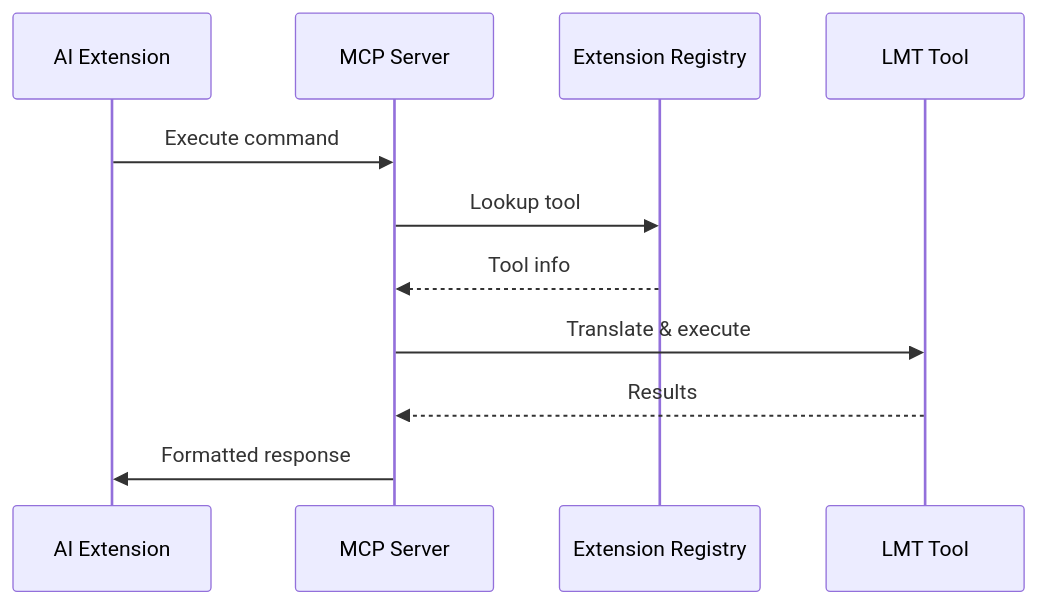
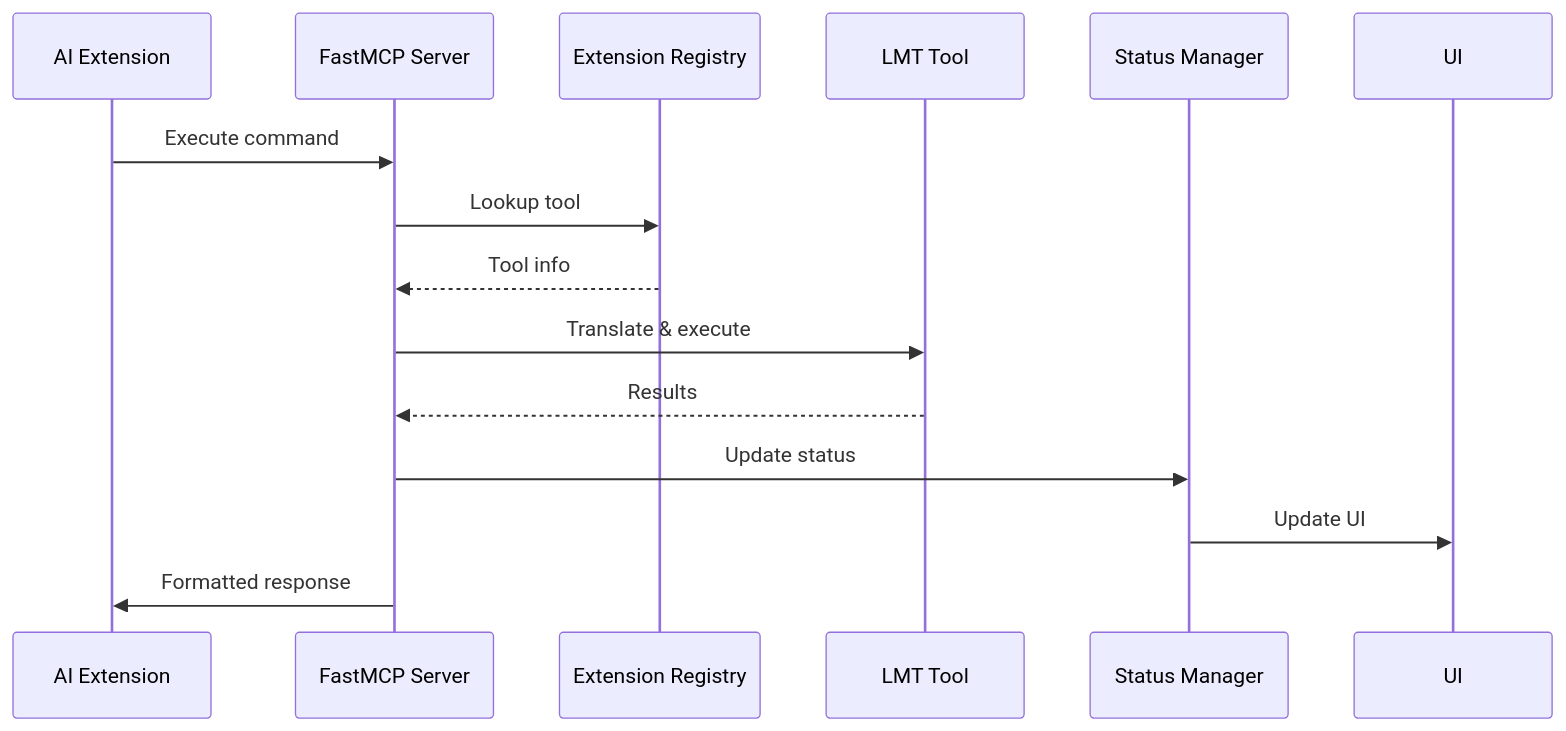
Before and after one commit to rixbeck/mcp-mlt-bridge: the fourth of 6 diagrams in architecture.md, drawn with Mermaid. The commit also changed other lines of this file and 6 other files, not shown here.

First line of the commit message:
[feat](docs): enhance documentation with FastMCP and SSE integration details

````diff
--- a/architecture.md
+++ b/architecture.md
@@ -142,14 +147,17 @@
 ```mermaid
 sequenceDiagram
     participant AI as AI Extension
-    participant MCP as MCP Server
+    participant MCP as FastMCP Server
     participant Registry as Extension Registry
     participant Tool as LMT Tool
+    participant Status as Status Manager
     
     AI->>MCP: Execute command
     MCP->>Registry: Lookup tool
     Registry-->>MCP: Tool info
     MCP->>Tool: Translate & execute
     Tool-->>MCP: Results
+    MCP->>Status: Update status
+    Status->>UI: Update UI
     MCP->>AI: Formatted response
 ```
````
